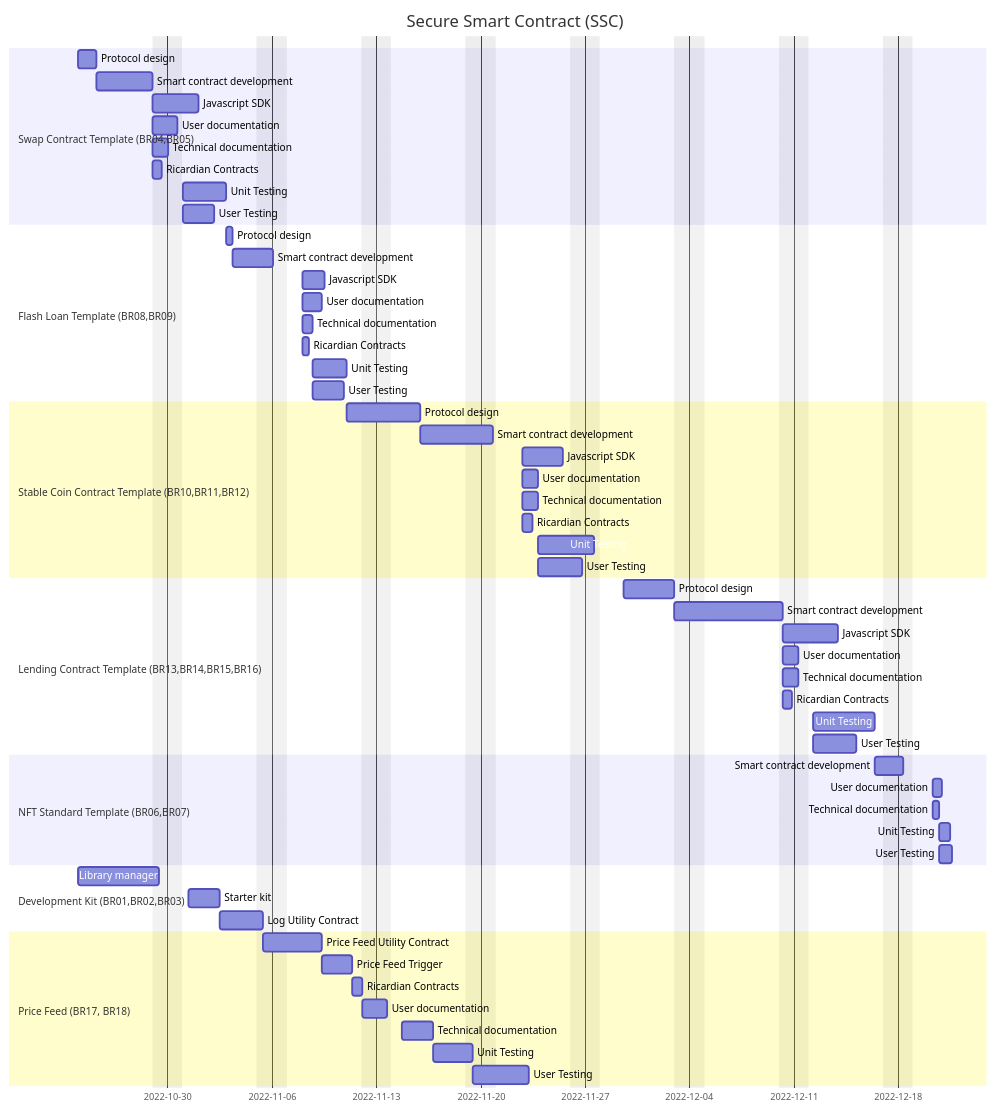
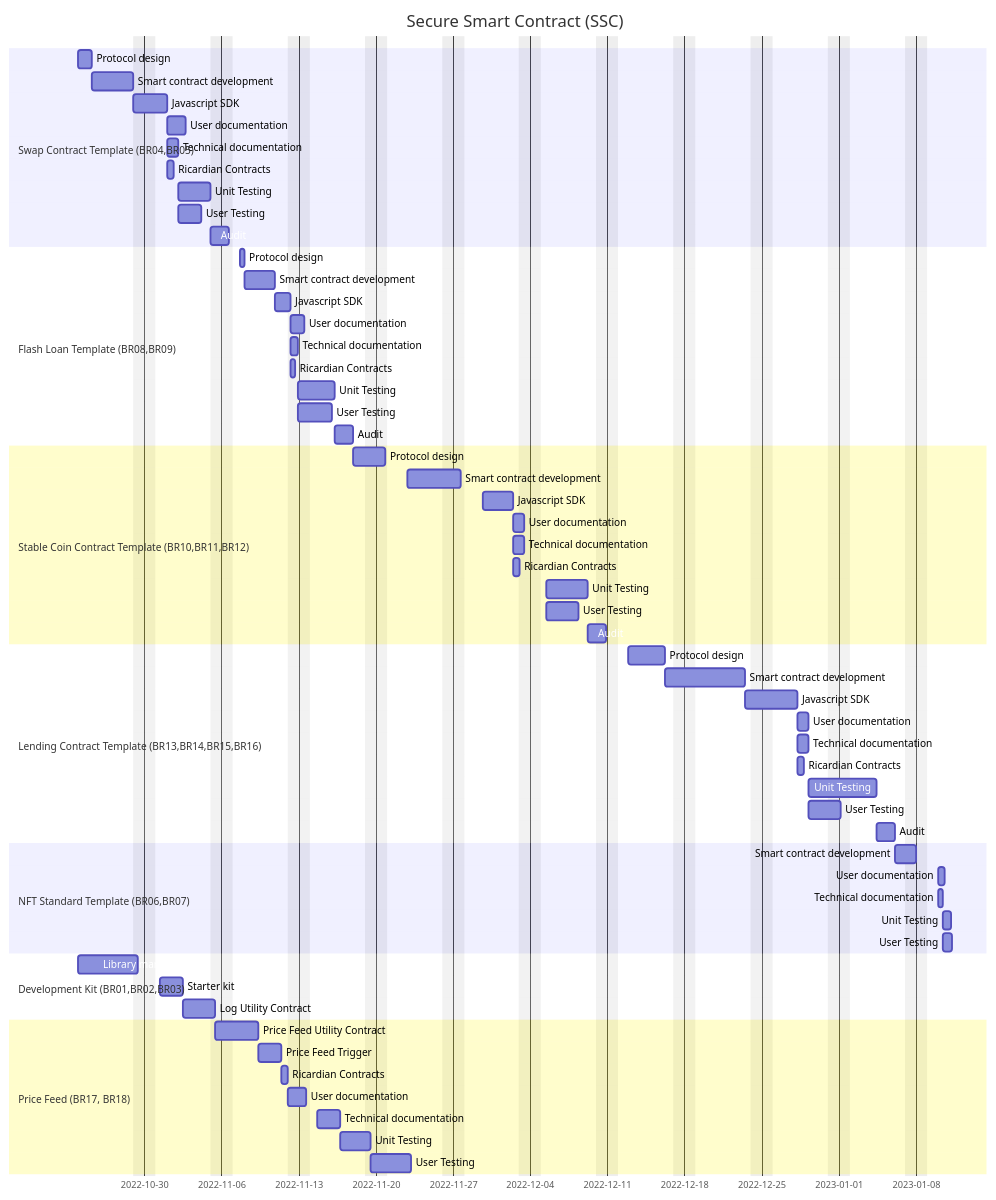
Before and after one commit to EOS-Nation/secure-smart-contract: the diagram in README.md, drawn with Mermaid.

````diff
--- a/README.md
+++ b/README.md
@@ -3,67 +3,73 @@
 ```mermaid
 gantt
     dateFormat  YYYY-MM-DD
     title       Secure Smart Contract (SSC)
     excludes    weekends
 
     section Swap Contract Template (BR04,BR05)
     Protocol design                     :protocol1, 2022-10-24,30h
     Smart contract development          :dev1, after protocol1, 90h
-    Javascript SDK                      :after dev1, 50h
-    User documentation                  :after dev1, 40h
-    Technical documentation             :docs1, after dev1, 25h
-    Ricardian Contracts                 :after dev1, 15h
+    Javascript SDK                      :sdk1, after dev1, 50h
+    User documentation                  :after sdk1, 40h
+    Technical documentation             :docs1, after sdk1, 25h
+    Ricardian Contracts                 :after sdk1, 15h
     Unit Testing                        :testing1, after docs1, 70h
     User Testing                        :after docs1, 50h
+    Audit                               :audit1, after testing1, 40h
 
     section Flash Loan Template (BR08,BR09)
-    Protocol design                     :protocol2, after testing1, 10h
+    Protocol design                     :protocol2, after audit1, 10h
     Smart contract development          :dev2, after protocol2, 65h
-    Javascript SDK                      :after dev2, 35h
-    User documentation                  :after dev2, 30h
-    Technical documentation             :docs2, after dev2, 16h
-    Ricardian Contracts                 :after dev2, 10h
+    Javascript SDK                      :sdk2, after dev2, 35h
+    User documentation                  :after sdk2, 30h
+    Technical documentation             :docs2, after sdk2, 16h
+    Ricardian Contracts                 :after sdk2, 10h
     Unit Testing                        :testing2, after docs2, 55h
     User Testing                        :after docs2, 50h
+    Audit                               :audit2, after testing2, 40h
 
     section Stable Coin Contract Template (BR10,BR11,BR12)
-    Protocol design                     :protocol3, after testing2, 70h
+    Protocol design                     :protocol3, after audit2, 70h
     Smart contract development          :dev3, after protocol3, 117h
-    Javascript SDK                      :after dev3, 65h
-    User documentation                  :after dev3, 25h
-    Technical documentation             :docs3, after dev3, 25h
-    Ricardian Contracts                 :after dev3, 15h
+    Javascript SDK                      :sdk3, after dev3, 65h
+    User documentation                  :after sdk3, 25h
+    Technical documentation             :docs3, after sdk3, 25h
+    Ricardian Contracts                 :after sdk3, 15h
     Unit Testing                        :testing3, after docs3, 90h
     User Testing                        :after docs3, 70h
+    Audit                               :audit3, after testing3, 40h
 
     section Lending Contract Template (BR13,BR14,BR15,BR16)
-    Protocol design                     :protocol4, after testing3, 80h
+    Protocol design                     :protocol4, after audit3, 80h
     Smart contract development          :dev4, after protocol4, 127h
-    Javascript SDK                      :after dev4, 65h
-    User documentation                  :after dev4, 25h
-    Technical documentation             :docs4, after dev4, 25h
-    Ricardian Contracts                 :after dev4, 15h
+    Javascript SDK                      :sdk4, after dev4, 65h
+    User documentation                  :after sdk4, 25h
+    Technical documentation             :docs4, after sdk4, 25h
+    Ricardian Contracts                 :after sdk4, 15h
     Unit Testing                        :testing4, after docs4, 100h
     User Testing                        :after docs4, 70h
+    Audit                               :audit4, after testing4, 40h
 
     section NFT Standard Template (BR06,BR07)
-    Smart contract development          :dev5, after testing4, 45h
+    Smart contract development          :dev5, after audit4, 45h
     User documentation                  :after dev5, 15h
     Technical documentation             :docs5, after dev5, 11h
     Unit Testing                        :testing5, after docs5, 17h
     User Testing                        :after docs5, 20h
+
+    section Audit phases
 
     section Development Kit (BR01,BR02,BR03)
     Library manager                     :2022-10-24,130h
     Starter kit                         :50h
     Log Utility Contract                :70h
 
     section Price Feed (BR17, BR18)
     Price Feed Utility Contract         :70h
     Price Feed Trigger                  :50h
     Ricardian Contracts                 :15h
     User documentation                  :40h
     Technical documentation             :50h
     Unit Testing                        :65h
     User Testing                        :65h
 ```
````
